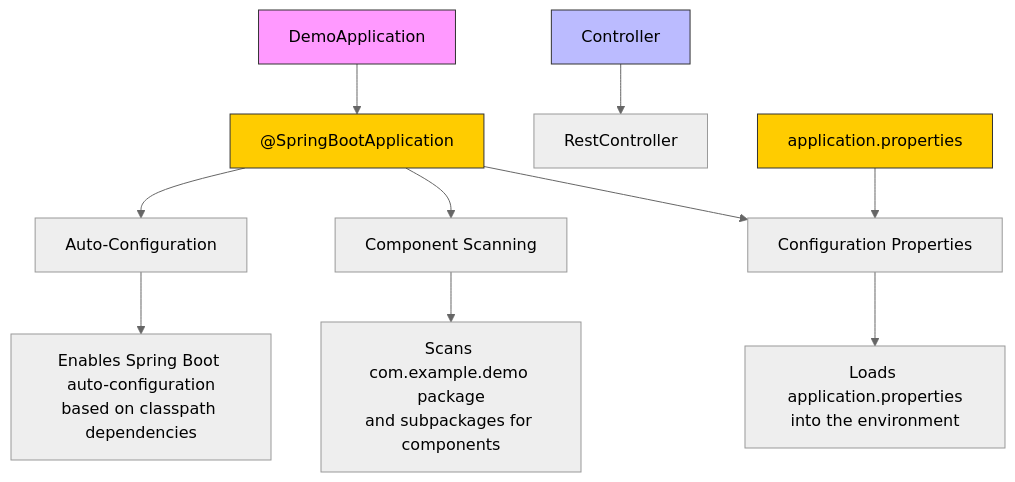
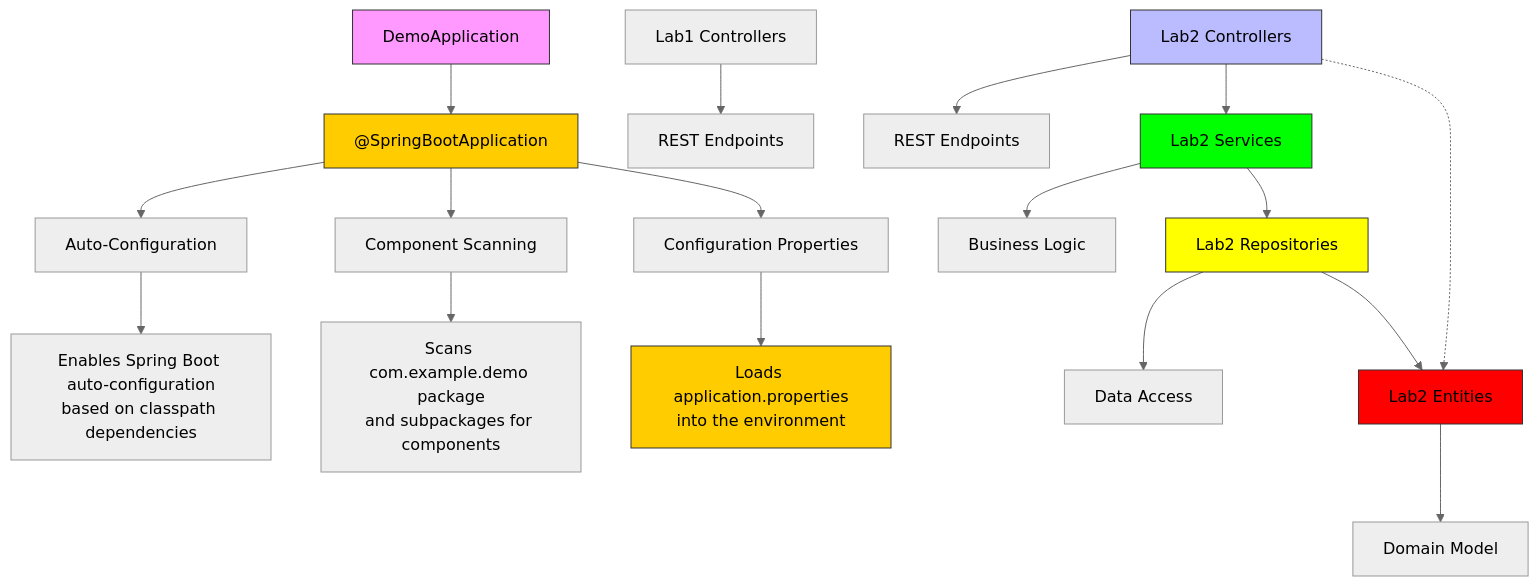
The second of 8 diagrams in .qoder/repowiki/en/content/Application Structure & Configuration.md (Nynoko228/Distributed-information-processing-systems), drawn with Mermaid (neutral theme) before and after one commit. The commit also changed other lines of this file and 39 other files, not shown here.

````diff
--- a/.qoder/repowiki/en/content/Application Structure & Configuration.md
+++ b/.qoder/repowiki/en/content/Application Structure & Configuration.md
@@ -107,16 +164,26 @@
 ```mermaid
 graph TD
 A["@SpringBootApplication"] --> B[Auto-Configuration]
 A --> C[Component Scanning]
 A --> D[Configuration Properties]
 B --> E["Enables Spring Boot auto-configuration<br/>based on classpath dependencies"]
 C --> F["Scans com.example.demo package<br/>and subpackages for components"]
 D --> G["Loads application.properties<br/>into the environment"]
 H[DemoApplication] --> A
-I[Controller] --> J[RestController]
-K[application.properties] --> D
+I[Lab1 Controllers] --> J[REST Endpoints]
+K[Lab2 Controllers] --> L[REST Endpoints]
+M[Lab2 Services] --> N[Business Logic]
+O[Lab2 Repositories] --> P[Data Access]
+Q[Lab2 Entities] --> R[Domain Model]
+K --> M
+M --> O
+O --> Q
+K -.-> Q
 style A fill:#ffcc00,stroke:#333
 style H fill:#f9f,stroke:#333
-style I fill:#bbf,stroke:#333
-style K fill:#ffcc00,stroke:#333
+style K fill:#bbf,stroke:#333
+style M fill:#0f0,stroke:#333
+style O fill:#ff0,stroke:#333
+style Q fill:#f00,stroke:#333
+style G fill:#ffcc00,stroke:#333
 ```
````
